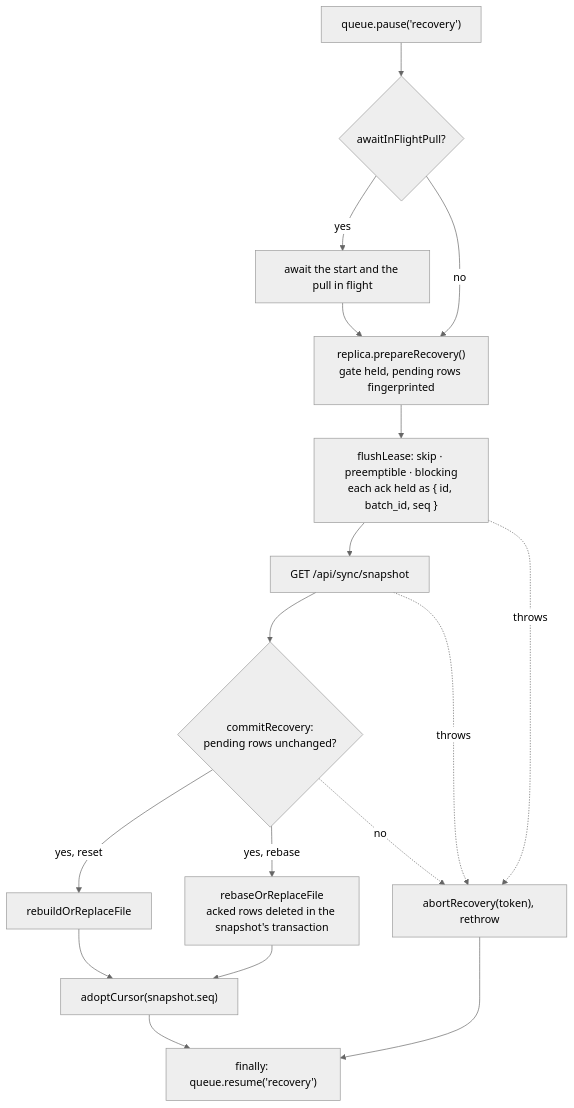
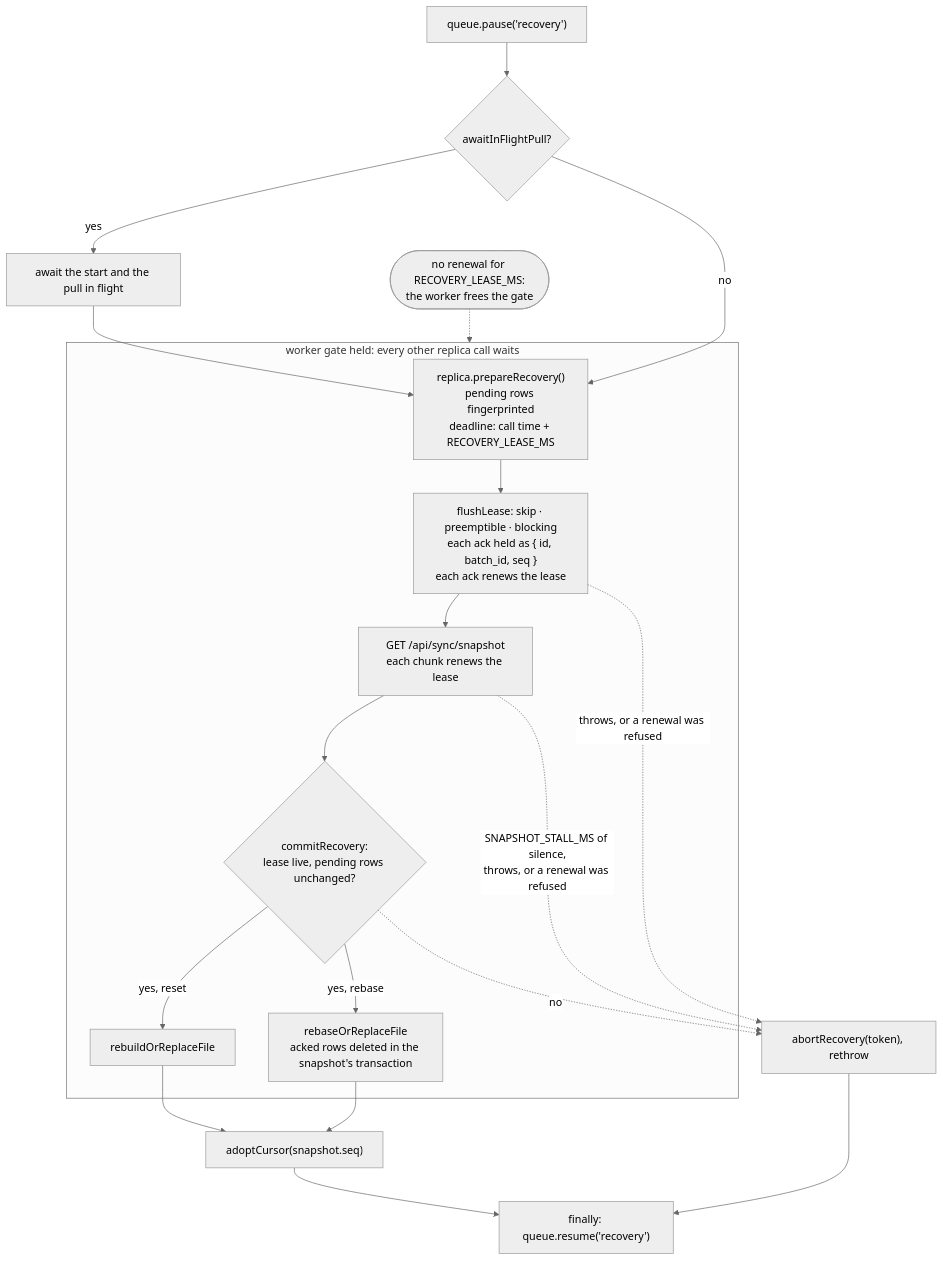
One commit to ArthurClune/pkm-system changed the second of 2 diagrams in docs/architecture/sync-recovery.md. Above: the diagram before and after it, drawn with Mermaid (neutral theme). The commit also changed other lines of this file and 3 other files, not shown here.

````diff
--- a/docs/architecture/sync-recovery.md
+++ b/docs/architecture/sync-recovery.md
@@ -327,18 +329,22 @@
 ```mermaid
 flowchart TD
     P["queue.pause('recovery')"] --> AW{"awaitInFlightPull?"}
     AW -->|yes| WP["await the start and the pull in flight"] --> L
-    AW -->|no| L["replica.prepareRecovery()<br/>gate held, pending rows fingerprinted"]
-    L --> F["flushLease: skip · preemptible · blocking<br/>each ack held as { id, batch_id, seq }"]
-    F --> S["GET /api/sync/snapshot"]
-    S --> C{"commitRecovery:<br/>pending rows unchanged?"}
-    C -->|"yes, reset"| RB["rebuildOrReplaceFile"]
-    C -->|"yes, rebase"| RS["rebaseOrReplaceFile<br/>acked rows deleted in the snapshot's transaction"]
+    AW -->|no| L
+    subgraph G["worker gate held: every other replica call waits"]
+        L["replica.prepareRecovery()<br/>pending rows fingerprinted<br/>deadline: call time + RECOVERY_LEASE_MS"]
+        L --> F["flushLease: skip · preemptible · blocking<br/>each ack held as { id, batch_id, seq }<br/>each ack renews the lease"]
+        F --> S["GET /api/sync/snapshot<br/>each chunk renews the lease"]
+        S --> C{"commitRecovery:<br/>lease live, pending rows unchanged?"}
+        C -->|"yes, reset"| RB["rebuildOrReplaceFile"]
+        C -->|"yes, rebase"| RS["rebaseOrReplaceFile<br/>acked rows deleted in the snapshot's transaction"]
+    end
+    X(["no renewal for RECOVERY_LEASE_MS:<br/>the worker frees the gate"]) -.-> G
     RB --> OK["adoptCursor(snapshot.seq)"]
     RS --> OK
     C -.->|no| AB["abortRecovery(token), rethrow"]
-    F -.->|throws| AB
-    S -.->|throws| AB
+    F -.->|"throws, or a renewal was refused"| AB
+    S -.->|"SNAPSHOT_STALL_MS of silence,<br/>throws, or a renewal was refused"| AB
     OK --> R["finally: queue.resume('recovery')"]
     AB --> R
 ```
````
